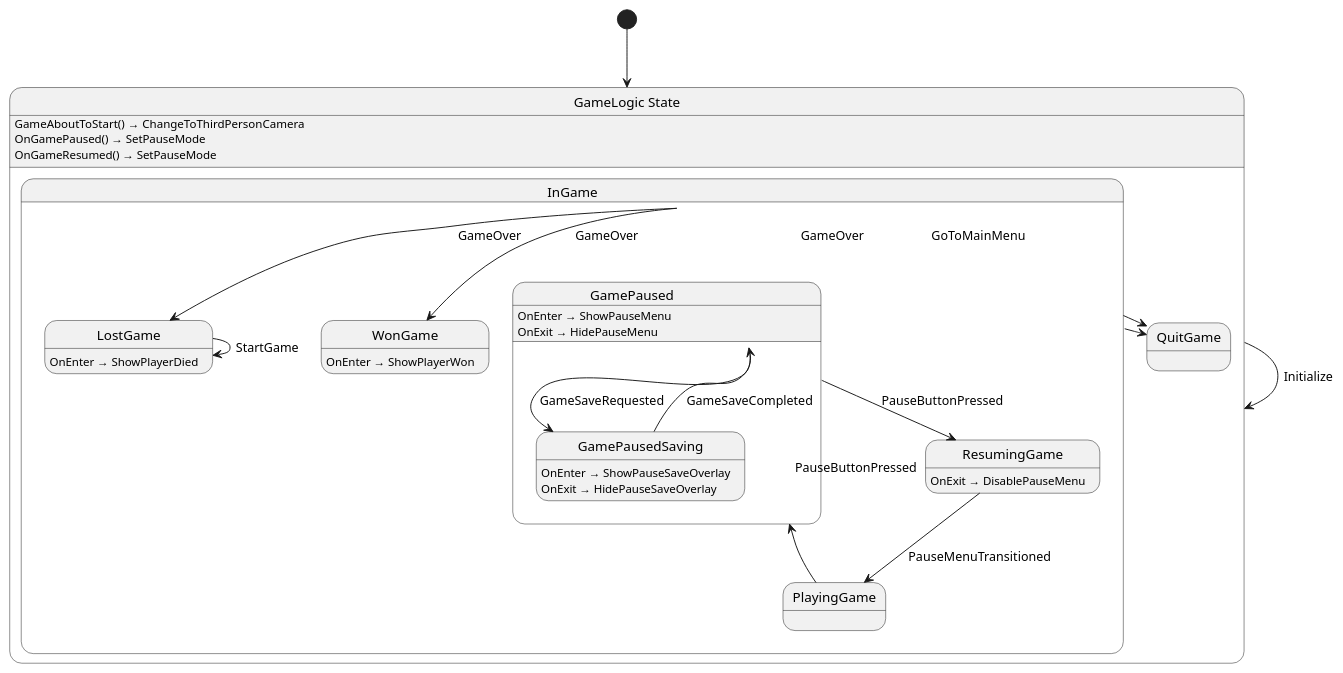
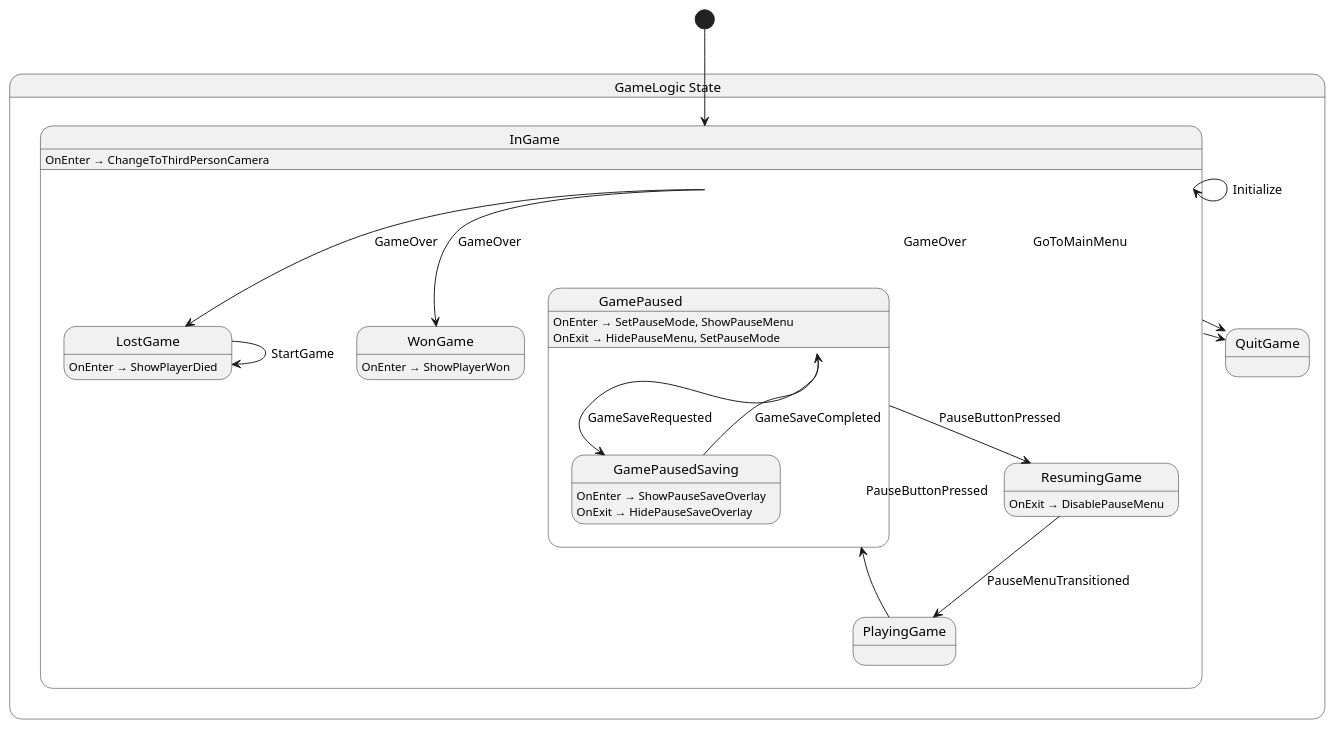
The diagram in src/game/state/GameLogic.g.puml (chickensoft-games/GameDemo), drawn with PlantUML before and after one commit. The commit also changed 13 other files, not shown here.

Commit message:
refactor: continue to clean up states, correct some logic. camera, menus, pausing are still broken, other game elements are fine

```diff
--- a/src/game/state/GameLogic.g.puml
+++ b/src/game/state/GameLogic.g.puml
@@ -1,42 +1,40 @@
 @startuml GameLogic
 state "GameLogic State" as GameDemo_GameLogic_State {
   state "InGame" as GameDemo_GameLogic_State_InGame {
     state "GamePaused" as GameDemo_GameLogic_State_GamePaused {
       state "GamePausedSaving" as GameDemo_GameLogic_State_GamePausedSaving {
         GameDemo_GameLogic_State_GamePausedSaving : OnEnter → ShowPauseSaveOverlay
         GameDemo_GameLogic_State_GamePausedSaving : OnExit → HidePauseSaveOverlay
       }
-      GameDemo_GameLogic_State_GamePaused : OnEnter → ShowPauseMenu
-      GameDemo_GameLogic_State_GamePaused : OnExit → HidePauseMenu
+      GameDemo_GameLogic_State_GamePaused : OnEnter → SetPauseMode, ShowPauseMenu
+      GameDemo_GameLogic_State_GamePaused : OnExit → HidePauseMenu, SetPauseMode
     }
     state "LostGame" as GameDemo_GameLogic_State_LostGame {
       GameDemo_GameLogic_State_LostGame : OnEnter → ShowPlayerDied
     }
     state "PlayingGame" as GameDemo_GameLogic_State_PlayingGame
     state "ResumingGame" as GameDemo_GameLogic_State_ResumingGame {
       GameDemo_GameLogic_State_ResumingGame : OnExit → DisablePauseMenu
     }
     state "WonGame" as GameDemo_GameLogic_State_WonGame {
       GameDemo_GameLogic_State_WonGame : OnEnter → ShowPlayerWon
     }
+    GameDemo_GameLogic_State_InGame : OnEnter → ChangeToThirdPersonCamera
   }
   state "QuitGame" as GameDemo_GameLogic_State_QuitGame
-  GameDemo_GameLogic_State : GameAboutToStart() → ChangeToThirdPersonCamera
-  GameDemo_GameLogic_State : OnGamePaused() → SetPauseMode
-  GameDemo_GameLogic_State : OnGameResumed() → SetPauseMode
 }
 
-GameDemo_GameLogic_State --> GameDemo_GameLogic_State : Initialize
 GameDemo_GameLogic_State_GamePaused --> GameDemo_GameLogic_State_GamePausedSaving : GameSaveRequested
 GameDemo_GameLogic_State_GamePaused --> GameDemo_GameLogic_State_ResumingGame : PauseButtonPressed
 GameDemo_GameLogic_State_GamePausedSaving --> GameDemo_GameLogic_State_GamePaused : GameSaveCompleted
+GameDemo_GameLogic_State_InGame --> GameDemo_GameLogic_State_InGame : Initialize
 GameDemo_GameLogic_State_InGame --> GameDemo_GameLogic_State_LostGame : GameOver
 GameDemo_GameLogic_State_InGame --> GameDemo_GameLogic_State_QuitGame : GameOver
 GameDemo_GameLogic_State_InGame --> GameDemo_GameLogic_State_QuitGame : GoToMainMenu
 GameDemo_GameLogic_State_InGame --> GameDemo_GameLogic_State_WonGame : GameOver
 GameDemo_GameLogic_State_LostGame --> GameDemo_GameLogic_State_LostGame : StartGame
 GameDemo_GameLogic_State_PlayingGame --> GameDemo_GameLogic_State_GamePaused : PauseButtonPressed
 GameDemo_GameLogic_State_ResumingGame --> GameDemo_GameLogic_State_PlayingGame : PauseMenuTransitioned
 
-[*] --> GameDemo_GameLogic_State
+[*] --> GameDemo_GameLogic_State_InGame
 @enduml
```
